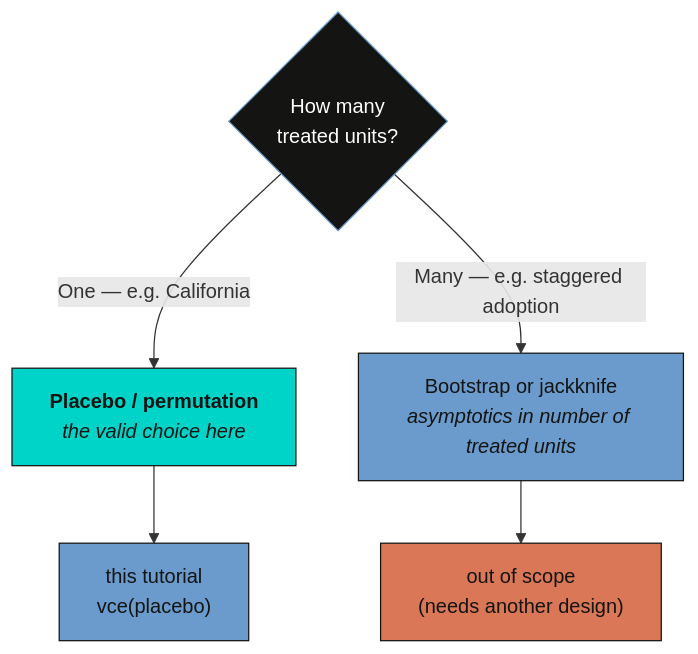
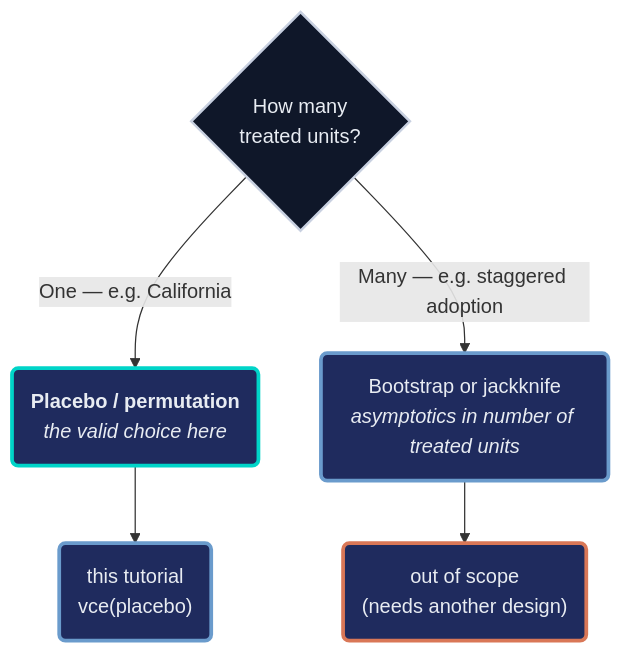
Before and after one commit to cmg777/starter-academic-v501: the third of 3 diagrams in content/post/stata_sdid/index.md, drawn with Mermaid. The commit also changed other lines of this file and 10 other files, not shown here.

First line of the commit message:
content(mermaid): restyle flowcharts in Stata posts (batch 2 of 2) and the EM publication (EN/ES/JA); add log

````diff
--- a/content/post/stata_sdid/index.md
+++ b/content/post/stata_sdid/index.md
@@ -471,14 +478,16 @@
 ```mermaid
 graph TD
     Q{"How many<br/>treated units?"}
-    Q -->|"One — e.g. California"| PL["<b>Placebo / permutation</b><br/><i>the valid choice here</i>"]
-    Q -->|"Many — e.g. staggered adoption"| BJ["Bootstrap or jackknife<br/><i>asymptotics in number of treated units</i>"]
-    PL --> THIS["this tutorial<br/>vce(placebo)"]
-    BJ --> OOS["out of scope<br/>(needs another design)"]
-    classDef sty_Q fill:#141413,stroke:#6a9bcc,color:#fff
+    Q -->|"One — e.g. California"| PL("<b>Placebo / permutation</b><br/><i>the valid choice here</i>")
+    Q -->|"Many — e.g. staggered adoption"| BJ("Bootstrap or jackknife<br/><i>asymptotics in number of treated units</i>")
+    PL --> THIS("this tutorial<br/>vce(placebo)")
+    BJ --> OOS("out of scope<br/>(needs another design)")
+    classDef sty_Q fill:#0f1729,stroke:#c8d0e0,stroke-width:2px,color:#e8ecf2
     class Q sty_Q
-    style PL fill:#00d4c8,stroke:#141413,color:#141413
-    style THIS fill:#6a9bcc,stroke:#141413,color:#141413
-    style BJ fill:#6a9bcc,stroke:#141413,color:#141413
-    style OOS fill:#d97757,stroke:#141413,color:#141413
+    classDef teal fill:#1f2b5e,stroke:#00d4c8,stroke-width:3px,color:#e8ecf2
+    classDef blue fill:#1f2b5e,stroke:#6a9bcc,stroke-width:3px,color:#e8ecf2
+    classDef orange fill:#1f2b5e,stroke:#d97757,stroke-width:3px,color:#e8ecf2
+    class PL teal
+    class BJ,THIS blue
+    class OOS orange
 ```
````
